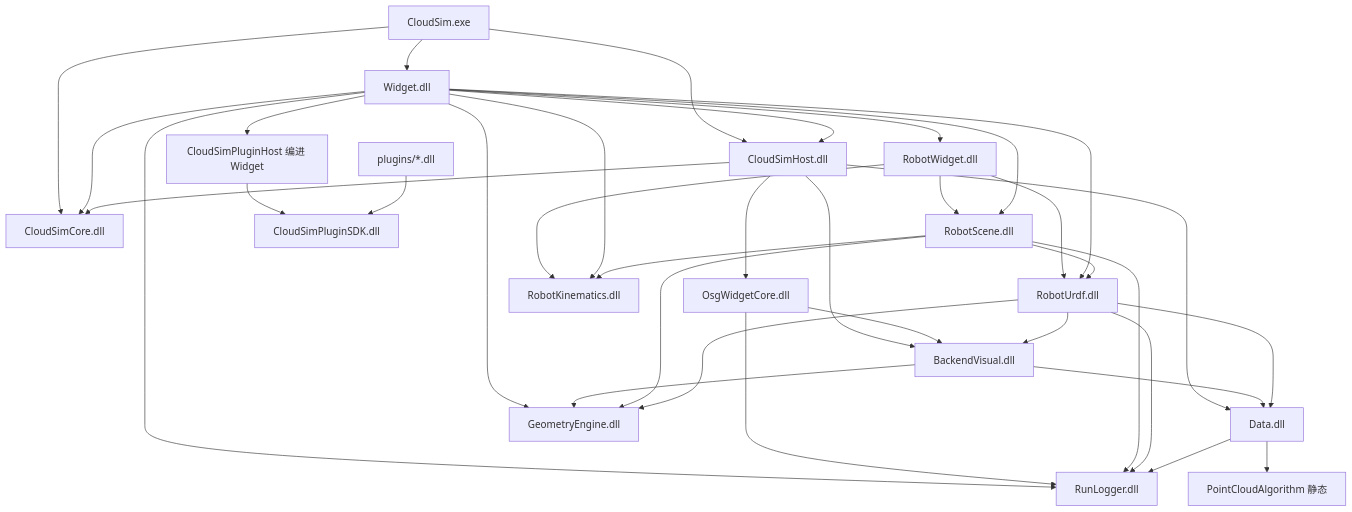
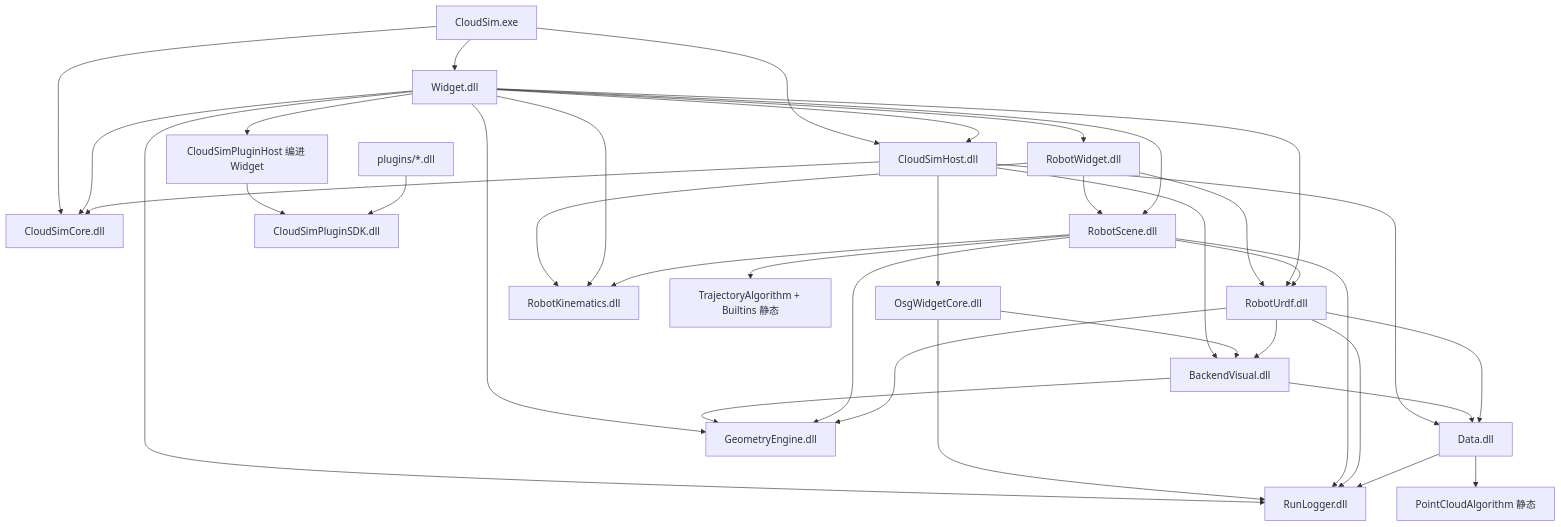
One commit to sanmunejdn/CloudSim changed the diagram in docs/MODULE_DEVELOPER_GUIDES.md. Above: the diagram before and after it, drawn with Mermaid. The commit also changed other lines of this file and 59 other files, not shown here.

````diff
--- a/docs/MODULE_DEVELOPER_GUIDES.md
+++ b/docs/MODULE_DEVELOPER_GUIDES.md
@@ -28,37 +29,38 @@
 ```mermaid
 flowchart TB
   EXE[CloudSim.exe] --> W[Widget.dll]
   EXE --> H[CloudSimHost.dll]
   EXE --> C[CloudSimCore.dll]
   W --> H
   W --> C
   H --> C
   H --> O[OsgWidgetCore.dll]
   H --> BV[BackendVisual.dll]
   H --> D[Data.dll]
   W --> RW[RobotWidget.dll]
   RW --> RS[RobotScene.dll]
   RW --> RU[RobotUrdf.dll]
   RW --> RK[RobotKinematics.dll]
   W --> RS
   W --> RU
   W --> RK
   W --> GE[GeometryEngine.dll]
   W --> RL[RunLogger.dll]
   W --> PH[CloudSimPluginHost 编进 Widget]
   PH --> SDK[CloudSimPluginSDK.dll]
   PLG[plugins/*.dll] --> SDK
   O --> BV
   BV --> D
   O --> RL
   BV --> GE
   RS --> GE
+  RS --> TA[TrajectoryAlgorithm + Builtins 静态]
   RS --> RU --> D
   RS --> RK
   RS --> RL
   RU --> BV
   RU --> GE
   RU --> RL
   D --> RL
   D --> PCA[PointCloudAlgorithm 静态]
 ```
````
